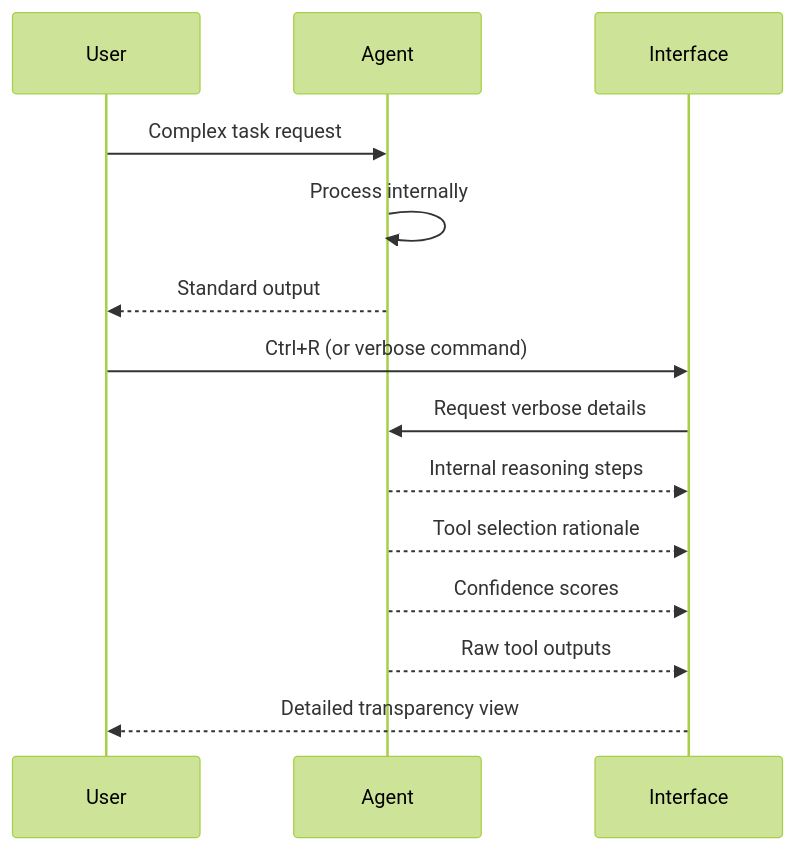
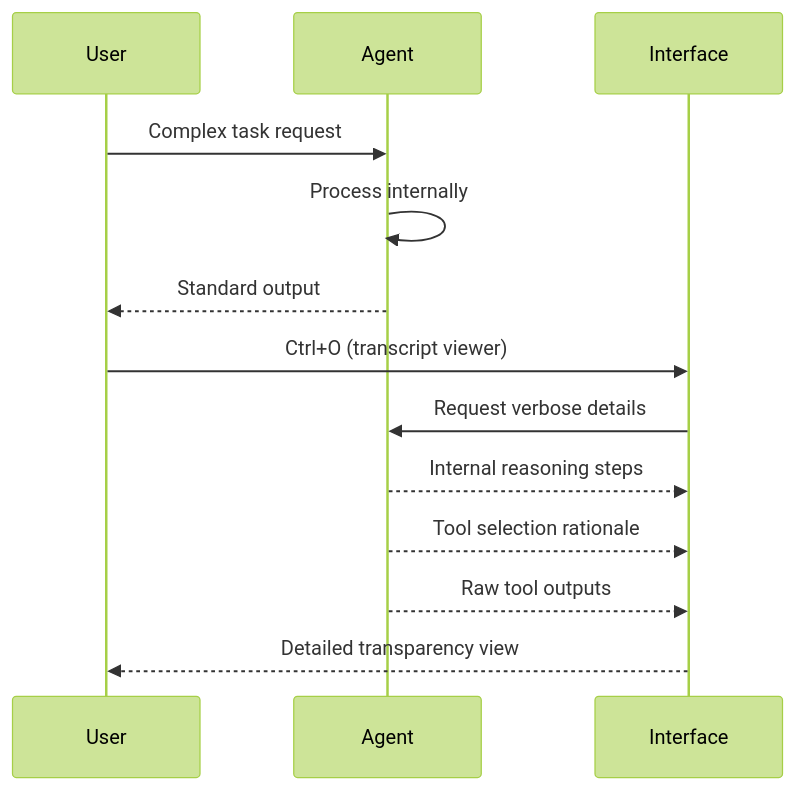
Before and after one commit to nibzard/awesome-agentic-patterns: the diagram in patterns/verbose-reasoning-transparency.md, drawn with Mermaid (forest theme). The commit also changed other lines of this file and 67 other files, not shown here.

````diff
--- a/patterns/verbose-reasoning-transparency.md
+++ b/patterns/verbose-reasoning-transparency.md
@@ -36,18 +40,17 @@
 ```mermaid
 sequenceDiagram
     participant User
     participant Agent
     participant UI as Interface
 
     User->>Agent: Complex task request
     Agent->>Agent: Process internally
     Agent-->>User: Standard output
 
-    User->>UI: Ctrl+R (or verbose command)
+    User->>UI: Ctrl+O (transcript viewer)
     UI->>Agent: Request verbose details
     Agent-->>UI: Internal reasoning steps
     Agent-->>UI: Tool selection rationale
-    Agent-->>UI: Confidence scores
     Agent-->>UI: Raw tool outputs
     UI-->>User: Detailed transparency view
 ```
````
